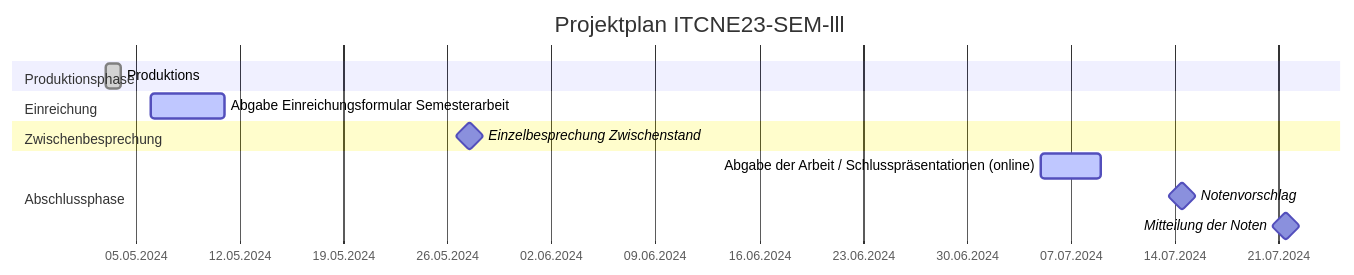
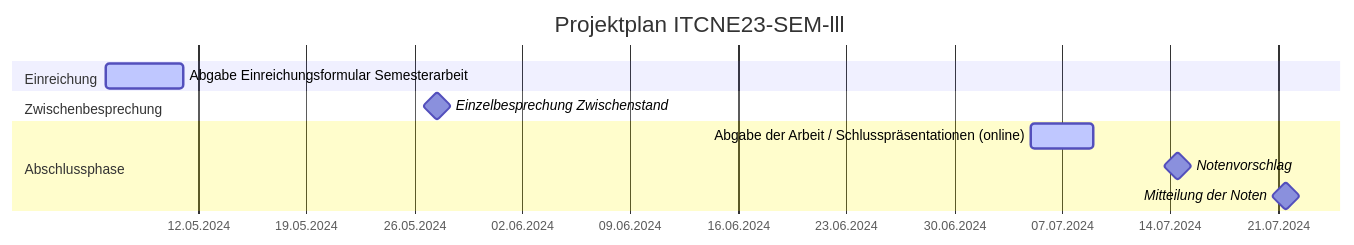
One commit to danyambuehl/ITCNE23-SEM-Ill changed the diagram in docs/02_Plannung/zeitplan.md. Above: the diagram before and after it, drawn with Mermaid. The commit also changed other lines of this file and 4 other files, not shown here.

````diff
--- a/docs/02_Plannung/zeitplan.md
+++ b/docs/02_Plannung/zeitplan.md
@@ -14,21 +14,18 @@
 ```mermaid
 gantt
     title Projektplan ITCNE23-SEM-lll
     dateFormat  DD.MM.YY
     axisFormat  %d.%m.%Y
-
-    section Produktionsphase
-    Produktions                  :done,        prod,         03.05.24, 1d
 
     section Einreichung
     Abgabe Einreichungsformular Semesterarbeit: active,      submit,       06.05.24, 5d
 
     section Zwischenbesprechung
     Einzelbesprechung Zwischenstand           : milestone,   meet,         27.05.24, 1d
 
     section Abschlussphase
     Abgabe der Arbeit / Schlusspräsentationen (online) : active, present,  05.07.24, 4d
     Notenvorschlag                              : milestone, grade_suggestion, 14.07.24, 1d
     Mitteilung der Noten                        : milestone, grades_announcement, 21.07.24, 1d
 
 ```
````
